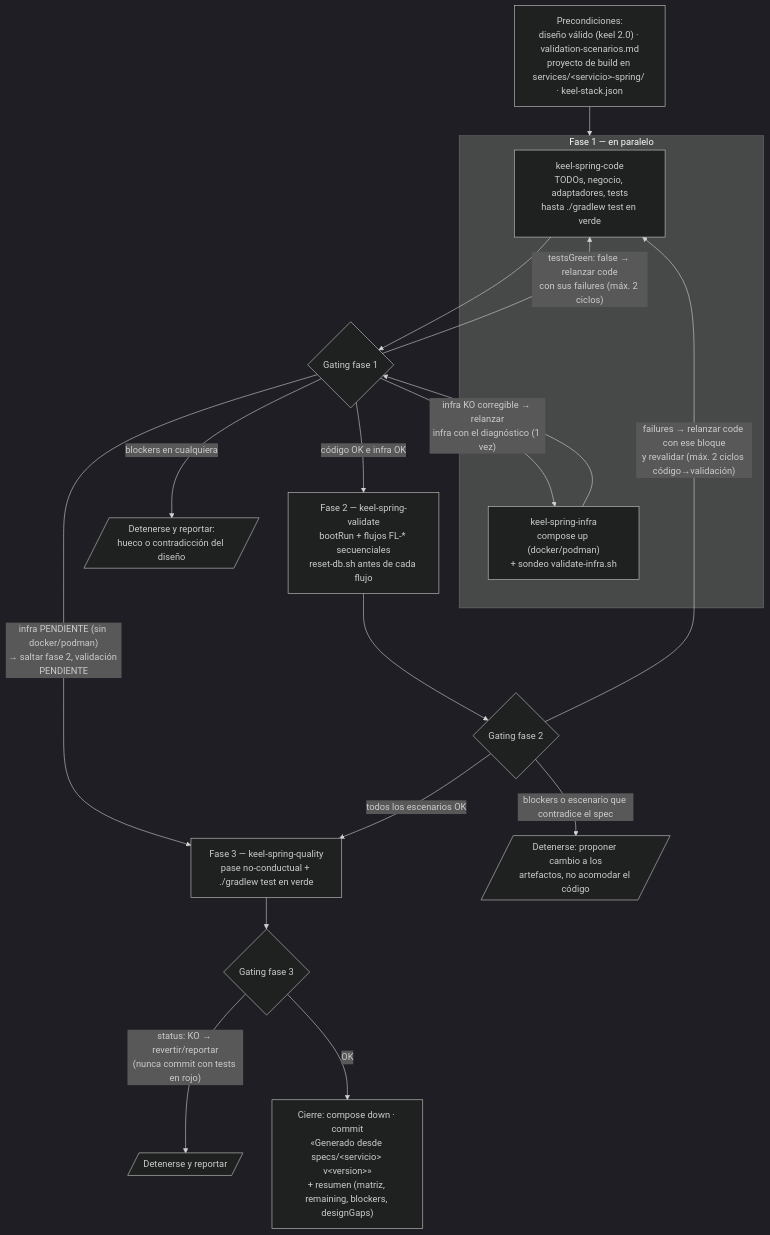
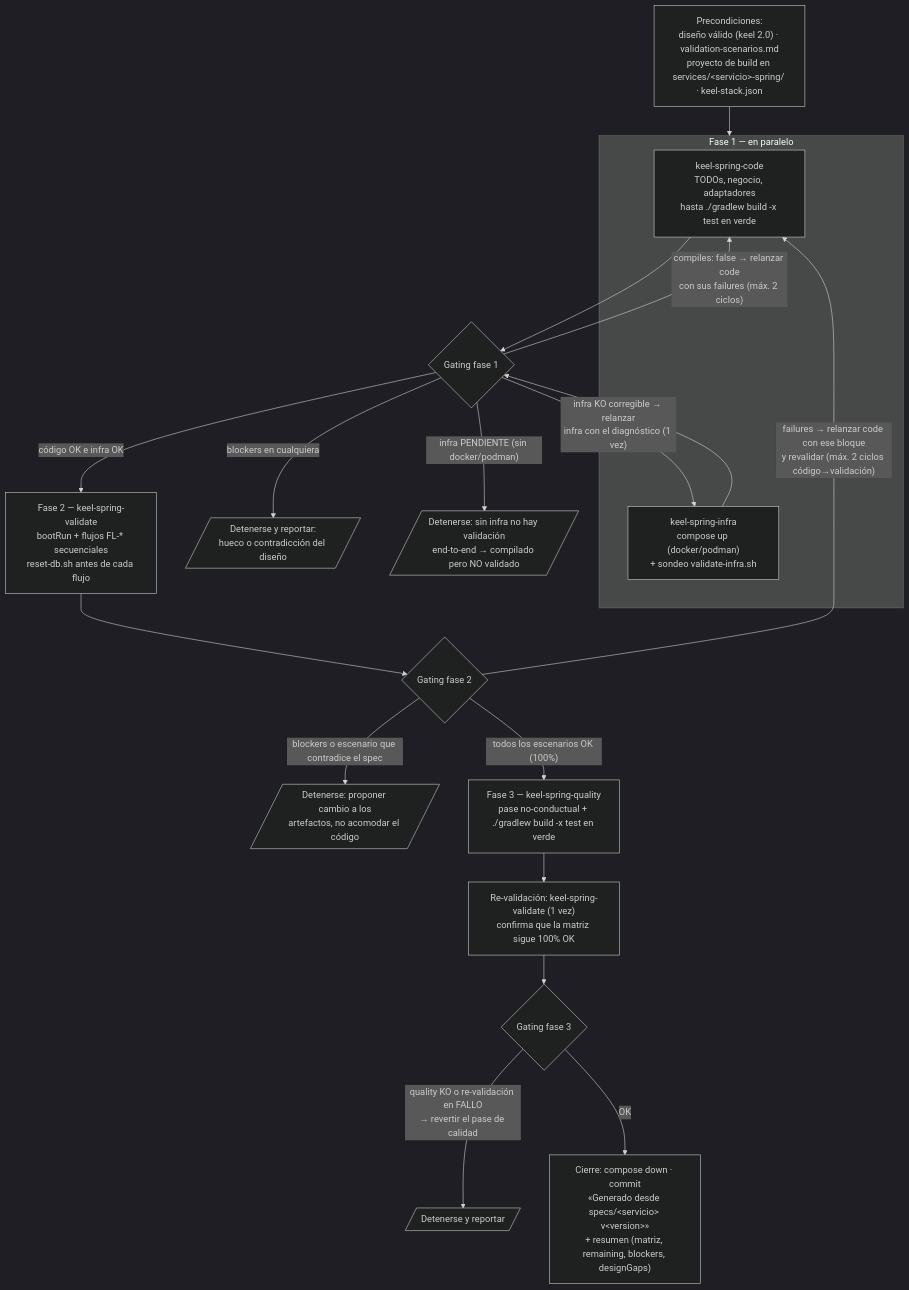
One commit to keel-system/keel changed the diagram in packages/keel-spring/assets/generators/spring/orchestration.md. Above: the diagram before and after it, drawn with Mermaid (dark theme). The commit also changed other lines of this file and 13 other files, not shown here.

First line of the commit message:
Refactor generation process and documentation for keel-spring

````diff
--- a/packages/keel-spring/assets/generators/spring/orchestration.md
+++ b/packages/keel-spring/assets/generators/spring/orchestration.md
@@ -21,29 +28,30 @@
 ```mermaid
 flowchart TB
     PRE["Precondiciones:<br/>diseño válido (keel 2.0) · validation-scenarios.md<br/>proyecto de build en services/&lt;servicio&gt;-spring/ · keel-stack.json"]
 
     PRE --> F1
     subgraph F1["Fase 1 — en paralelo"]
-        CODE["keel-spring-code<br/>TODOs, negocio, adaptadores, tests<br/>hasta ./gradlew test en verde"]
+        CODE["keel-spring-code<br/>TODOs, negocio, adaptadores<br/>hasta ./gradlew build -x test en verde"]
         INFRA["keel-spring-infra<br/>compose up (docker/podman)<br/>+ sondeo validate-infra.sh"]
     end
 
     CODE --> GATE1{Gating fase 1}
     INFRA --> GATE1
-    GATE1 -->|"testsGreen: false → relanzar code<br/>con sus failures (máx. 2 ciclos)"| CODE
+    GATE1 -->|"compiles: false → relanzar code<br/>con sus failures (máx. 2 ciclos)"| CODE
     GATE1 -->|"infra KO corregible → relanzar<br/>infra con el diagnóstico (1 vez)"| INFRA
     GATE1 -->|"blockers en cualquiera"| STOP1[/"Detenerse y reportar:<br/>hueco o contradicción del diseño"/]
-    GATE1 -->|"infra PENDIENTE (sin docker/podman)<br/>→ saltar fase 2, validación PENDIENTE"| QUALITY
+    GATE1 -->|"infra PENDIENTE (sin docker/podman)"| STOP0[/"Detenerse: sin infra no hay validación<br/>end-to-end → compilado pero NO validado"/]
     GATE1 -->|código OK e infra OK| VALIDATE
 
     VALIDATE["Fase 2 — keel-spring-validate<br/>bootRun + flujos FL-* secuenciales<br/>reset-db.sh antes de cada flujo"]
     VALIDATE --> GATE2{Gating fase 2}
     GATE2 -->|"failures → relanzar code con ese bloque<br/>y revalidar (máx. 2 ciclos código→validación)"| CODE
     GATE2 -->|"blockers o escenario que contradice el spec"| STOP2[/"Detenerse: proponer cambio a los<br/>artefactos, no acomodar el código"/]
-    GATE2 -->|todos los escenarios OK| QUALITY
+    GATE2 -->|"todos los escenarios OK (100%)"| QUALITY
 
-    QUALITY["Fase 3 — keel-spring-quality<br/>pase no-conductual + ./gradlew test en verde"]
-    QUALITY --> GATE3{Gating fase 3}
-    GATE3 -->|"status: KO → revertir/reportar<br/>(nunca commit con tests en rojo)"| STOP3[/"Detenerse y reportar"/]
+    QUALITY["Fase 3 — keel-spring-quality<br/>pase no-conductual + ./gradlew build -x test en verde"]
+    QUALITY --> REVAL["Re-validación: keel-spring-validate (1 vez)<br/>confirma que la matriz sigue 100% OK"]
+    REVAL --> GATE3{Gating fase 3}
+    GATE3 -->|"quality KO o re-validación en FALLO<br/>→ revertir el pase de calidad"| STOP3[/"Detenerse y reportar"/]
     GATE3 -->|OK| CLOSE["Cierre: compose down · commit<br/>«Generado desde specs/&lt;servicio&gt; v&lt;version&gt;»<br/>+ resumen (matriz, remaining, blockers, designGaps)"]
 ```
````
